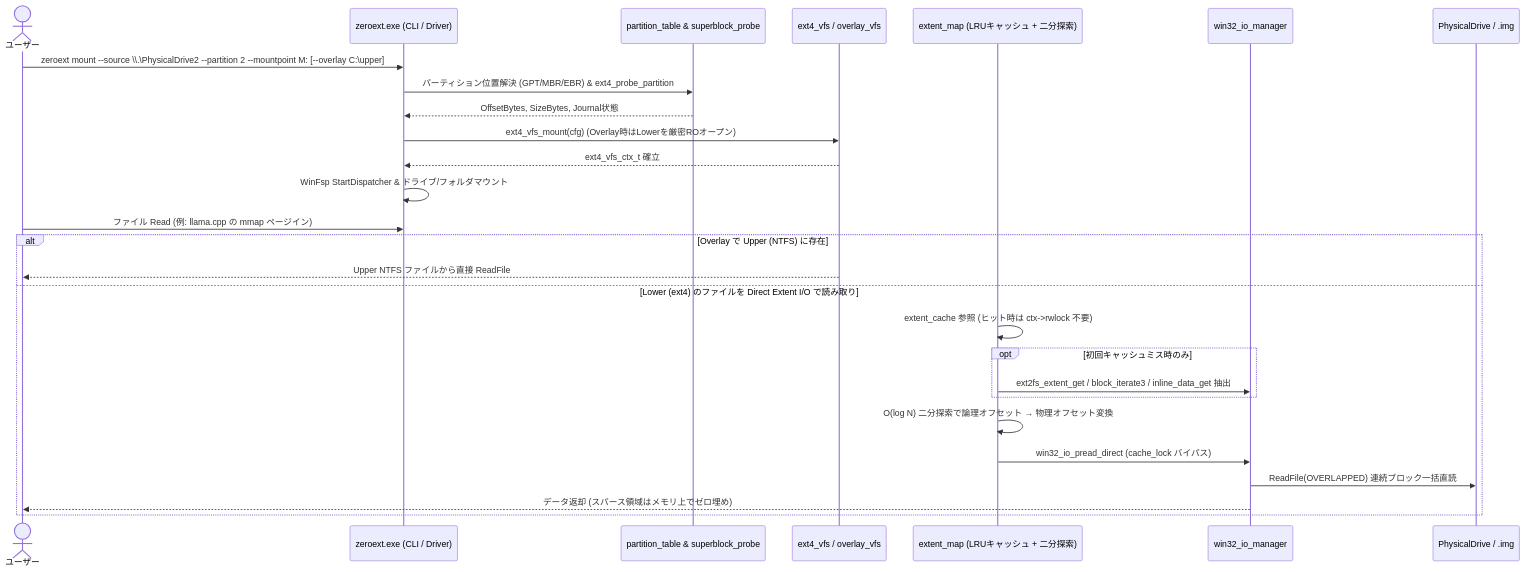
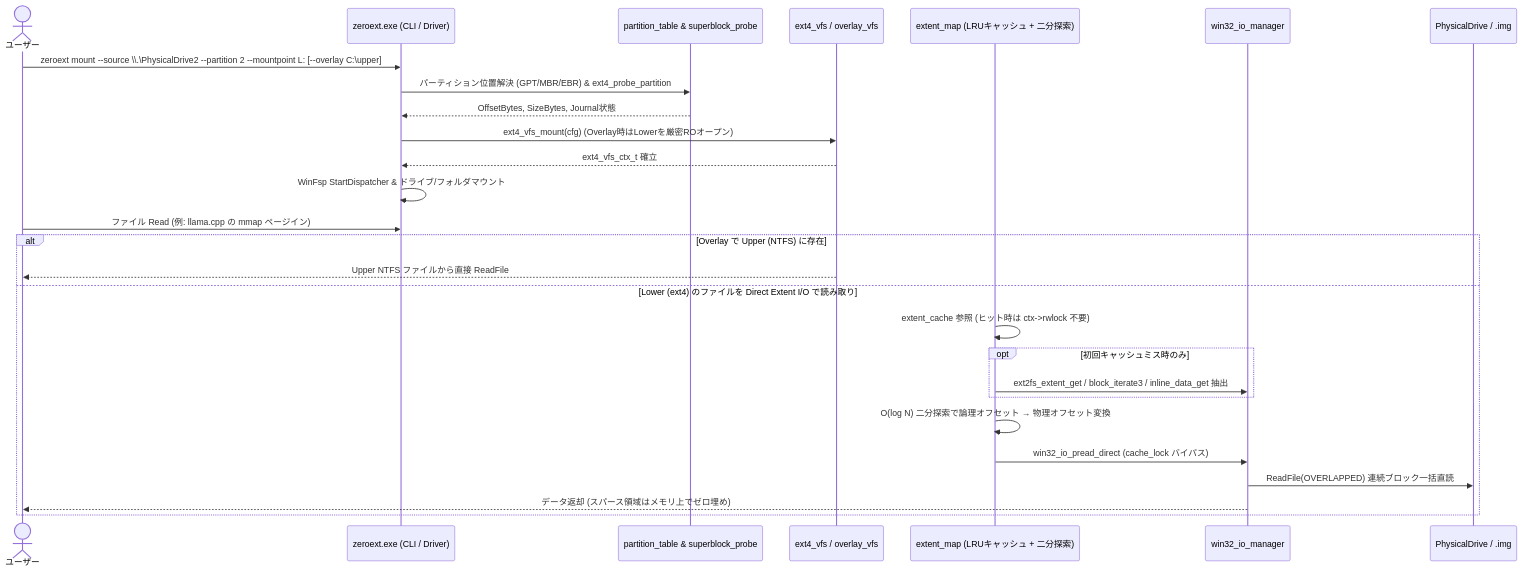
Before and after one commit to totatake/ZeroExt: the second of 2 diagrams in docs/architecture.md, drawn with Mermaid. The commit also changed 9 other files, not shown here.

````diff
--- a/docs/architecture.md
+++ b/docs/architecture.md
@@ -59,31 +59,31 @@
 ```mermaid
 sequenceDiagram
     actor User as ユーザー
     participant CLI as zeroext.exe (CLI / Driver)
     participant Disk as partition_table & superblock_probe
     participant VFS as ext4_vfs / overlay_vfs
     participant Ext as extent_map (LRUキャッシュ + 二分探索)
     participant IO as win32_io_manager
     participant Dev as PhysicalDrive / .img
 
-    User->>CLI: zeroext mount --source \\.\PhysicalDrive2 --partition 2 --mountpoint M: [--overlay C:\upper]
+    User->>CLI: zeroext mount --source \\.\PhysicalDrive2 --partition 2 --mountpoint L: [--overlay C:\upper]
     CLI->>Disk: パーティション位置解決 (GPT/MBR/EBR) & ext4_probe_partition
     Disk-->>CLI: OffsetBytes, SizeBytes, Journal状態
     CLI->>VFS: ext4_vfs_mount(cfg) (Overlay時はLowerを厳密ROオープン)
     VFS-->>CLI: ext4_vfs_ctx_t 確立
     CLI->>CLI: WinFsp StartDispatcher & ドライブ/フォルダマウント
 
     User->>CLI: ファイル Read (例: llama.cpp の mmap ページイン)
     alt Overlay で Upper (NTFS) に存在
         VFS-->>User: Upper NTFS ファイルから直接 ReadFile
     else Lower (ext4) のファイルを Direct Extent I/O で読み取り
         Ext->>Ext: extent_cache 参照 (ヒット時は ctx->rwlock 不要)
         opt 初回キャッシュミス時のみ
             Ext->>IO: ext2fs_extent_get / block_iterate3 / inline_data_get 抽出
         end
         Ext->>Ext: O(log N) 二分探索で論理オフセット → 物理オフセット変換
         Ext->>IO: win32_io_pread_direct (cache_lock バイパス)
         IO->>Dev: ReadFile(OVERLAPPED) 連続ブロック一括直読
         IO-->>User: データ返却 (スパース領域はメモリ上でゼロ埋め)
     end
 ```
````
